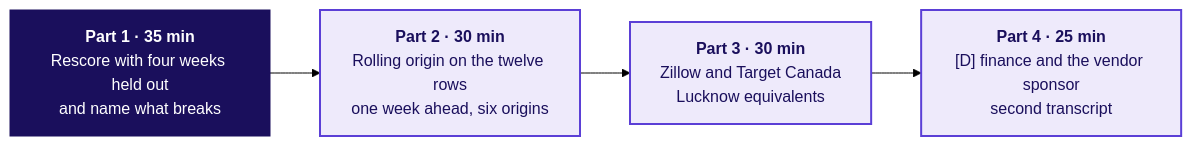
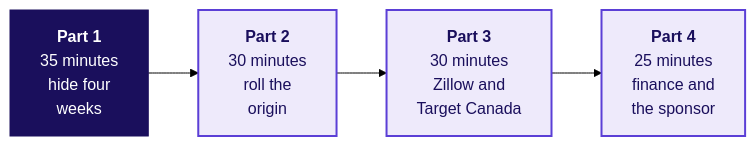
Before and after one commit to fde-academy-lab/c2-content-factory: the first of 2 diagrams in content/W04/D5/slides/C2_W04_D05_fallback_STUDENT.md, drawn with Mermaid (forest theme). The commit also changed other lines of this file and 48 other files, not shown here.

First line of the commit message:
Week 4 Friday: the hold-out scores a real forecast, both 2025 windows, priced errors, every number traced

````diff
--- a/content/W04/D5/slides/C2_W04_D05_fallback_STUDENT.md
+++ b/content/W04/D5/slides/C2_W04_D05_fallback_STUDENT.md
@@ -20,12 +20,10 @@
 ```mermaid
 flowchart LR
-    A["<b>Part 1 · 35 min</b><br/>Rescore with four weeks held out<br/>and name what breaks"]
-    B["<b>Part 2 · 30 min</b><br/>Rolling origin on the twelve rows<br/>one week ahead, six origins"]
-    C["<b>Part 3 · 30 min</b><br/>Zillow and Target Canada<br/>Lucknow equivalents"]
-    D["<b>Part 4 · 25 min</b><br/>[D] finance and the vendor sponsor<br/>second transcript"]
-    A --> B --> C --> D
+    A["<b>Part 1</b><br/>35 minutes<br/>hide four<br/>weeks"] --> B["<b>Part 2</b><br/>30 minutes<br/>roll the<br/>origin"]
+    B --> C["<b>Part 3</b><br/>30 minutes<br/>Zillow and<br/>Target Canada"]
+    C --> D["<b>Part 4</b><br/>25 minutes<br/>finance and<br/>the sponsor"]
     classDef lit fill:#1A0F5C,stroke:#1A0F5C,color:#FFFFFF
     classDef known fill:#EEEAFB,stroke:#5B3FD6,color:#1A0F5C,stroke-width:2px
     class A lit
     class B,C,D known
 ```
````
